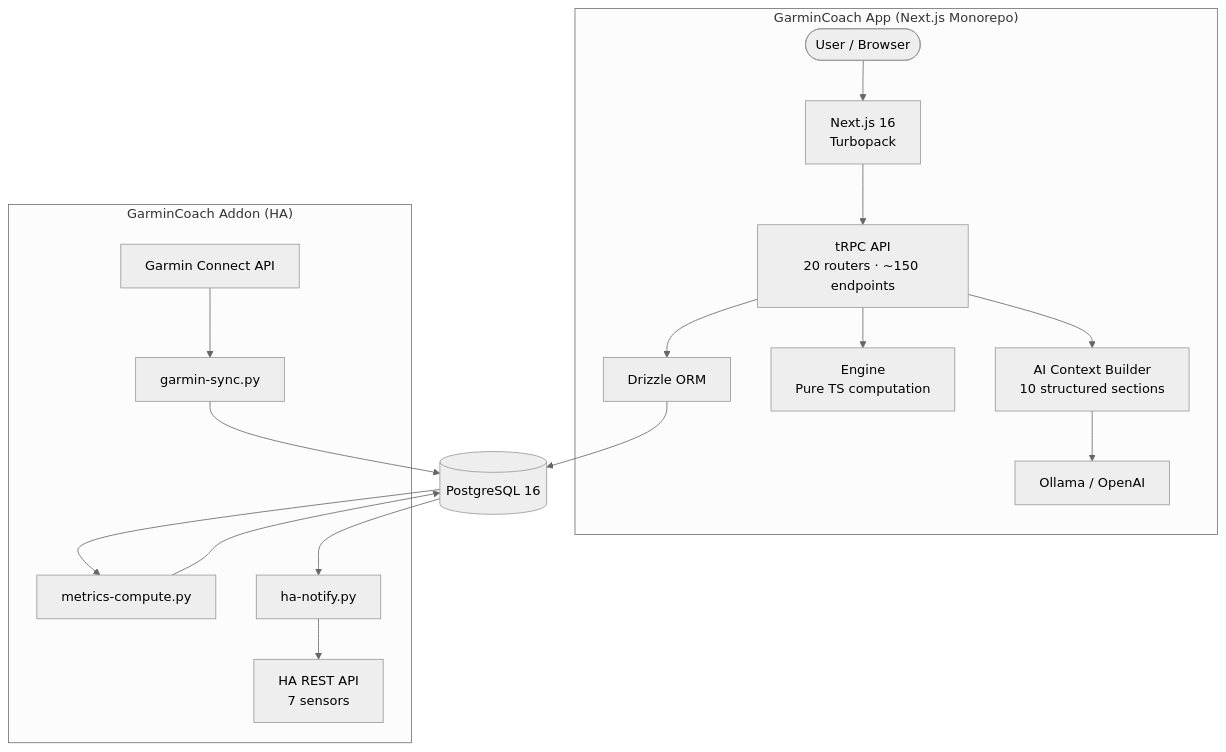
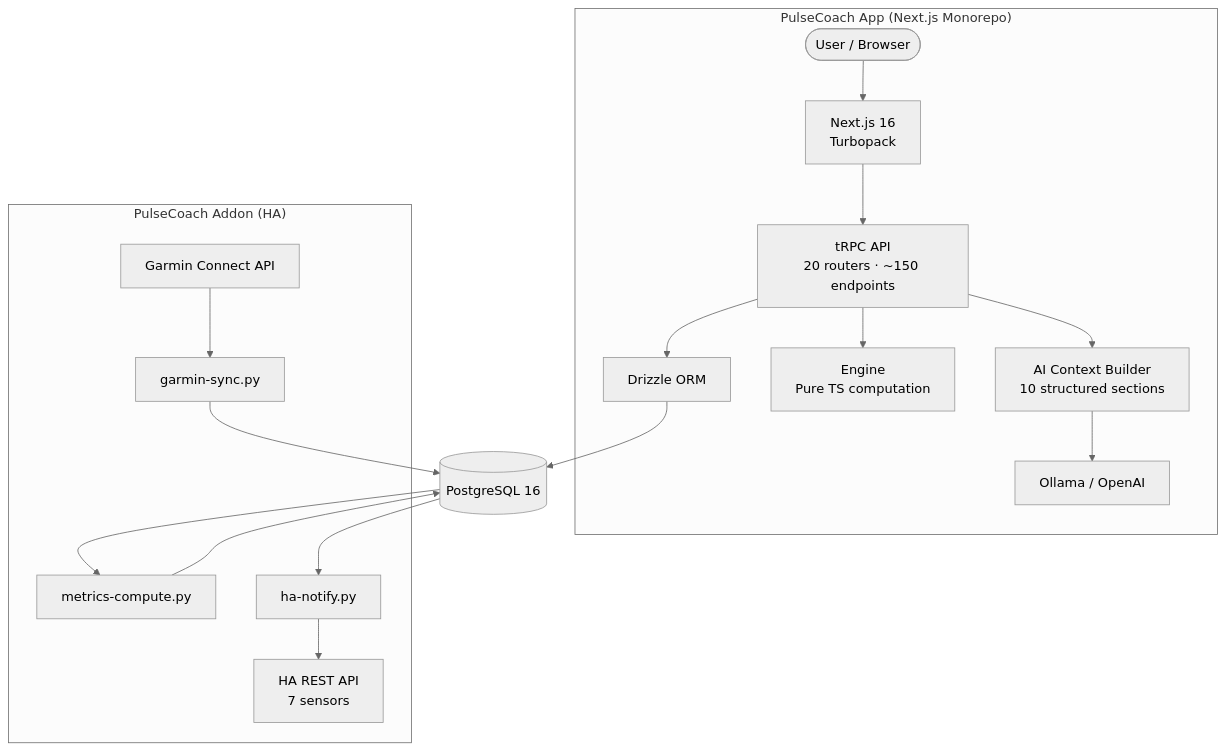
One commit to askb/ha-garmin-fitness-coach-app changed the diagram in README.md. Above: the diagram before and after it, drawn with Mermaid (neutral theme). The commit also changed other lines of this file and 114 other files, not shown here.

First line of the commit message:
feat: rename GarminCoach to PulseCoach branding across app

````diff
--- a/README.md
+++ b/README.md
@@ -8,37 +8,37 @@
 ```mermaid
 graph TD
-    subgraph "GarminCoach App (Next.js Monorepo)"
+    subgraph "PulseCoach App (Next.js Monorepo)"
         User([User / Browser])
         NextJS["Next.js 16<br/>Turbopack"]
         tRPC["tRPC API<br/>20 routers · ~150 endpoints"]
         Drizzle["Drizzle ORM"]
         Engine["Engine<br/>Pure TS computation"]
         AICtx["AI Context Builder<br/>10 structured sections"]
         LLM["Ollama / OpenAI"]
     end
 
-    subgraph "GarminCoach Addon (HA)"
+    subgraph "PulseCoach Addon (HA)"
         Sync["garmin-sync.py"]
         Compute["metrics-compute.py"]
         Notify["ha-notify.py"]
         GarminAPI["Garmin Connect API"]
         HAAPI["HA REST API<br/>7 sensors"]
     end
 
     PG[("PostgreSQL 16")]
 
     User --> NextJS
     NextJS --> tRPC
     tRPC --> Drizzle
     tRPC --> Engine
     tRPC --> AICtx
     AICtx --> LLM
     Drizzle --> PG
 
     GarminAPI --> Sync
     Sync --> PG
     PG --> Compute
     Compute --> PG
     PG --> Notify
     Notify --> HAAPI
 ```
````
